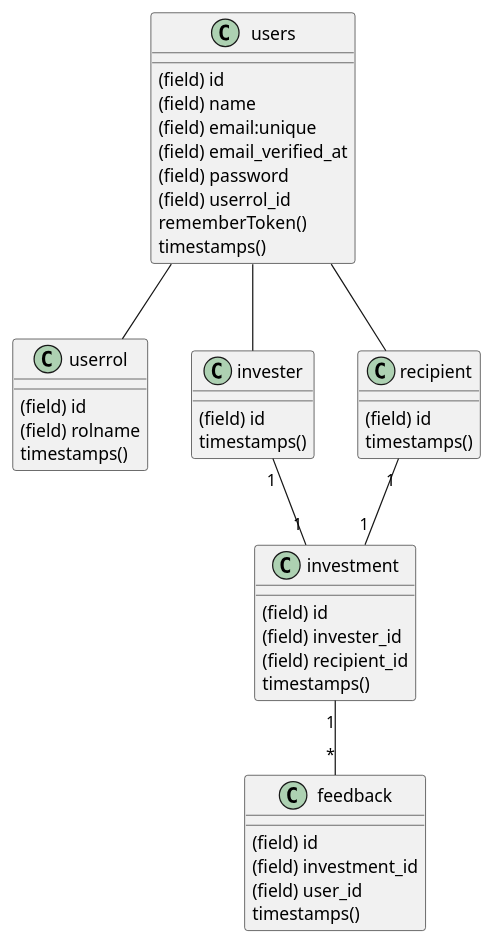
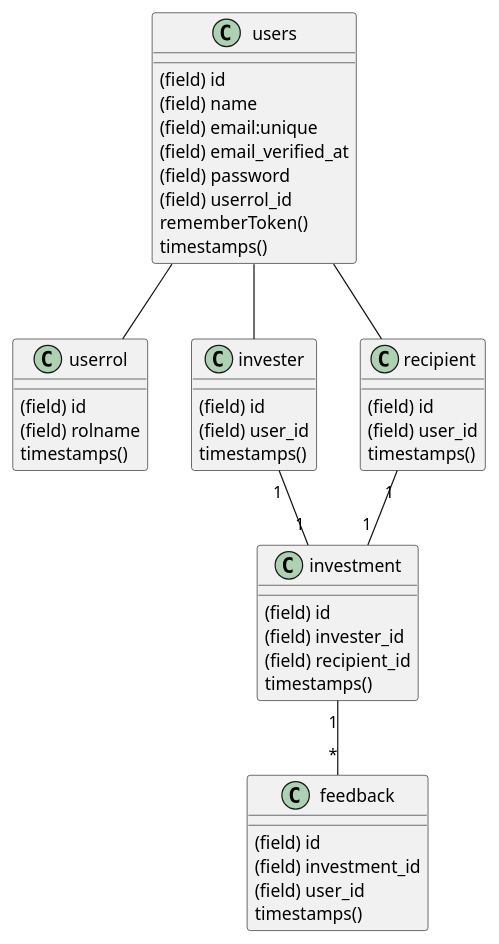
Before and after one commit to pensing/blockchain: the diagram in resources/uml/ClassDiagram.puml, drawn with PlantUML. The commit also changed 23 other files, not shown here.

```diff
--- a/resources/uml/ClassDiagram.puml
+++ b/resources/uml/ClassDiagram.puml
@@ -1,44 +1,46 @@
 @startuml
 class users{
    (field) id
    (field) name
    (field) email:unique
    (field) email_verified_at
    (field) password
    (field) userrol_id
     rememberToken()
     timestamps()
 }
 class investment{
     (field) id
     (field) invester_id
     (field) recipient_id
     timestamps()
 }
 class feedback{
     (field) id
     (field) investment_id
     (field) user_id
     timestamps()
 }
 class userrol{
     (field) id
     (field) rolname
     timestamps()
 }
 class invester{
    (field) id
+   (field) user_id
     timestamps()
 }
 class recipient{
    (field) id
+   (field) user_id
     timestamps()
 }
 users -- recipient
 users -- invester
 users -- userrol
 invester "1" -- "1" investment
 recipient "1" -- "1" investment
 investment "1" -- "*" feedback
 
 @enduml
```
